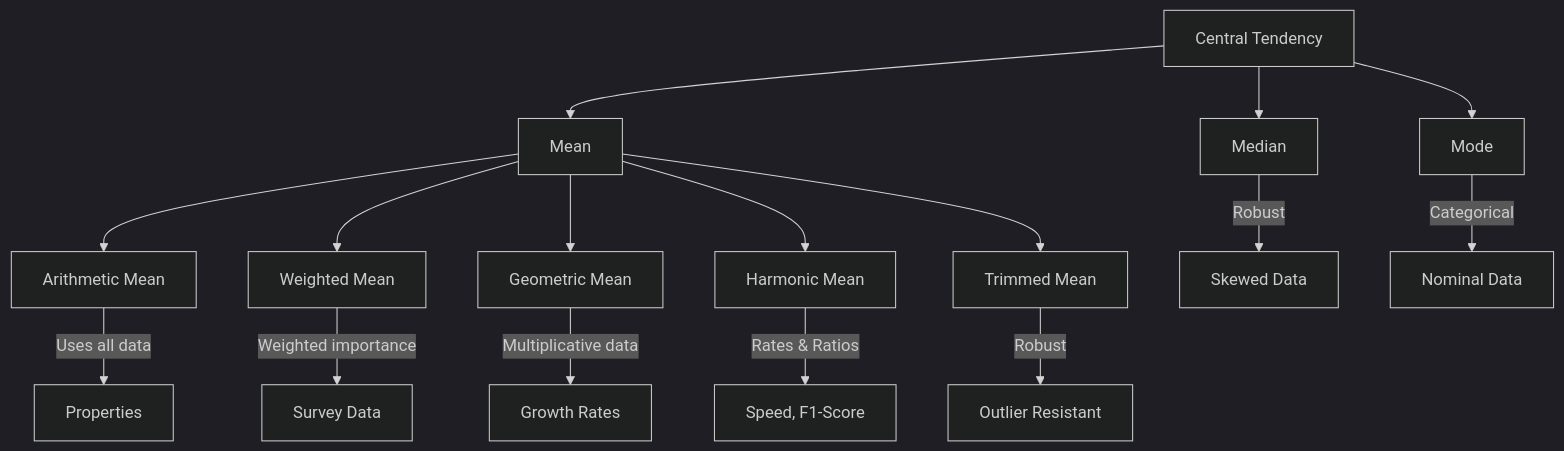
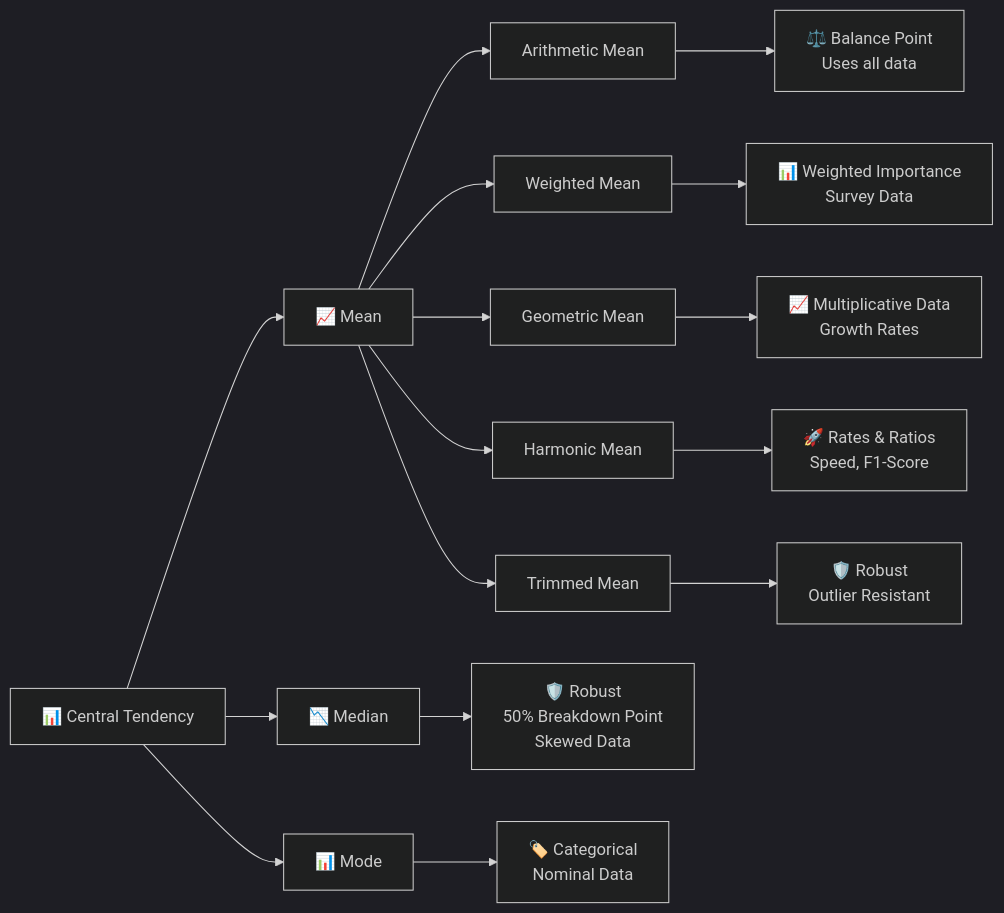
One commit to muhammadsalek/statistics-for-scientists changed the second of 7 diagrams in 02-central-tendency.md. Above: the diagram before and after it, drawn with Mermaid (dark theme). The commit also changed other lines of this file, not shown here.

````diff
--- a/02-central-tendency.md
+++ b/02-central-tendency.md
@@ -100,21 +116,21 @@
 ```mermaid
-flowchart TD
-    A[Central Tendency] --> B[Mean]
-    A --> C[Median]
-    A --> D[Mode]
+flowchart LR
+    A["📊 Central Tendency"] --> B["📈 Mean"]
+    A --> C["📉 Median"]
+    A --> D["📊 Mode"]
     
-    B --> B1[Arithmetic Mean]
-    B --> B2[Weighted Mean]
-    B --> B3[Geometric Mean]
-    B --> B4[Harmonic Mean]
-    B --> B5[Trimmed Mean]
+    B --> B1["Arithmetic Mean"]
+    B --> B2["Weighted Mean"]
+    B --> B3["Geometric Mean"]
+    B --> B4["Harmonic Mean"]
+    B --> B5["Trimmed Mean"]
     
-    B1 --> |Uses all data| P1[Properties]
-    B2 --> |Weighted importance| P2[Survey Data]
-    B3 --> |Multiplicative data| P3[Growth Rates]
-    B4 --> |Rates & Ratios| P4[Speed, F1-Score]
-    B5 --> |Robust| P5[Outlier Resistant]
+    B1 --> P1["⚖️ Balance Point<br>Uses all data"]
+    B2 --> P2["📊 Weighted Importance<br>Survey Data"]
+    B3 --> P3["📈 Multiplicative Data<br>Growth Rates"]
+    B4 --> P4["🚀 Rates & Ratios<br>Speed, F1-Score"]
+    B5 --> P5["🛡️ Robust<br>Outlier Resistant"]
     
-    C --> |Robust| R1[Skewed Data]
-    D --> |Categorical| R2[Nominal Data]
+    C --> R1["🛡️ Robust<br>50% Breakdown Point<br>Skewed Data"]
+    D --> R2["🏷️ Categorical<br>Nominal Data"]
 ```
````
